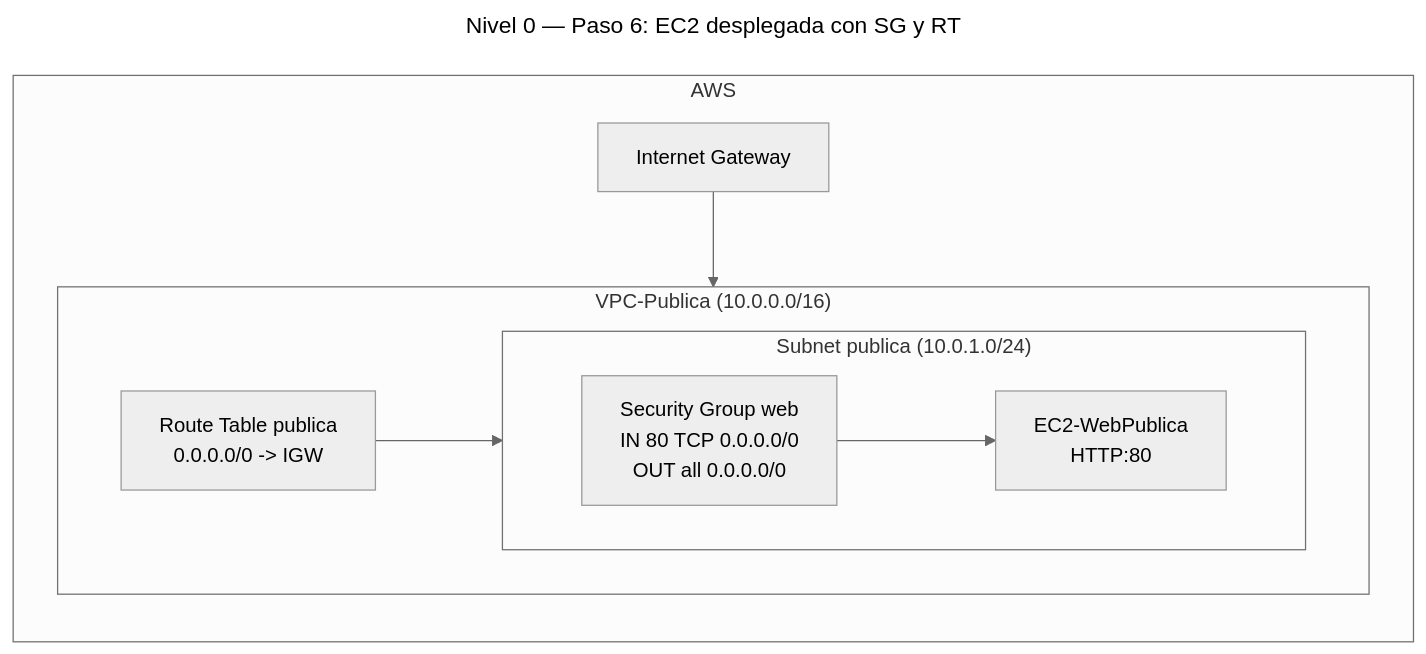
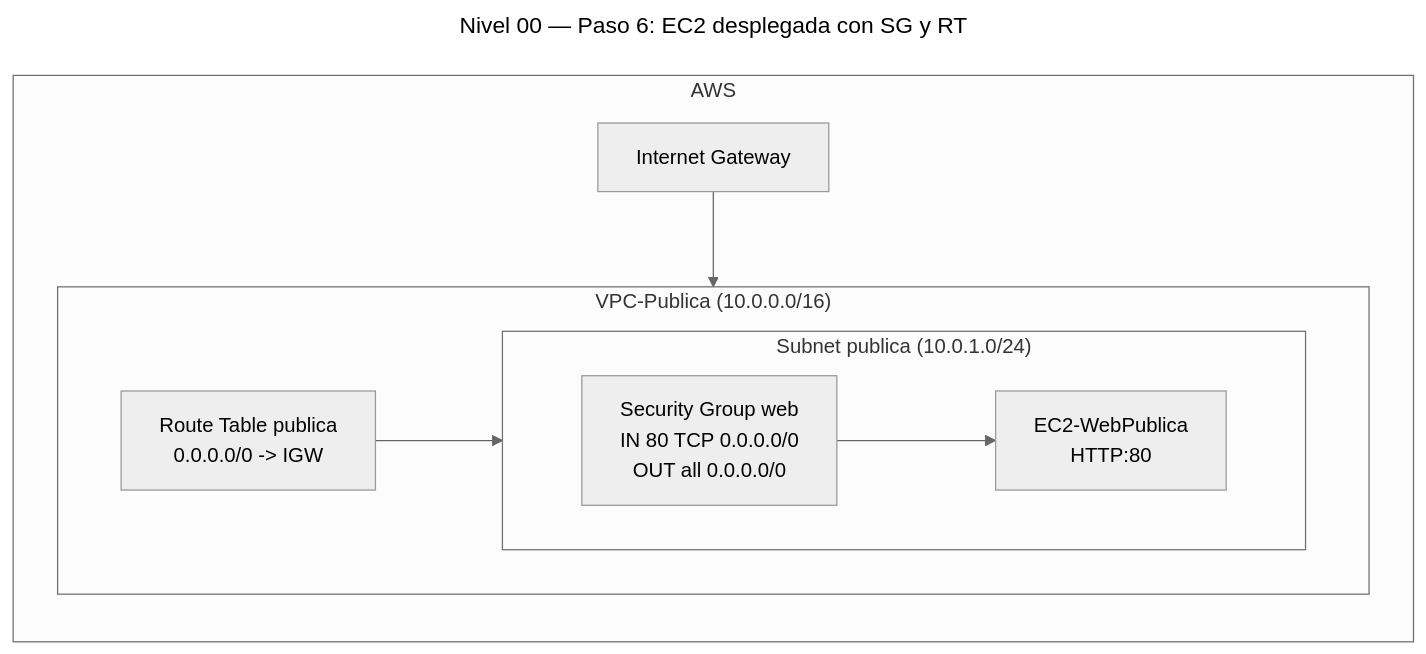
Before and after one commit to Marcos-SA-git/AWS-Certifications: the seventh of 8 diagrams in SAA-C03/es/Prácticas/Fácil/Nivel-00.md, drawn with Mermaid (neutral theme). The commit also changed other lines of this file, not shown here.

````diff
--- a/SAA-C03/es/Prácticas/Fácil/Nivel-00.md
+++ b/SAA-C03/es/Prácticas/Fácil/Nivel-00.md
@@ -222,19 +222,19 @@
 ```mermaid
 ---
-title: "Nivel 0 — Paso 6: EC2 desplegada con SG y RT"
+title: "Nivel 00 — Paso 6: EC2 desplegada con SG y RT"
 ---
 graph BT
 subgraph AWS[AWS]
   IGW[Internet Gateway]
   subgraph VPC["VPC-Publica (10.0.0.0/16)"]
     RT[Route Table publica<br>0.0.0.0/0 -> IGW]
     subgraph SUB["Subnet publica (10.0.1.0/24)"]
       EC2[EC2-WebPublica<br>HTTP:80]
       SG[Security Group web<br>IN 80 TCP 0.0.0.0/0<br>OUT all 0.0.0.0/0]
     end
   end
 end
 IGW --> VPC
 RT --> SUB
 SG --> EC2
 ```
````
